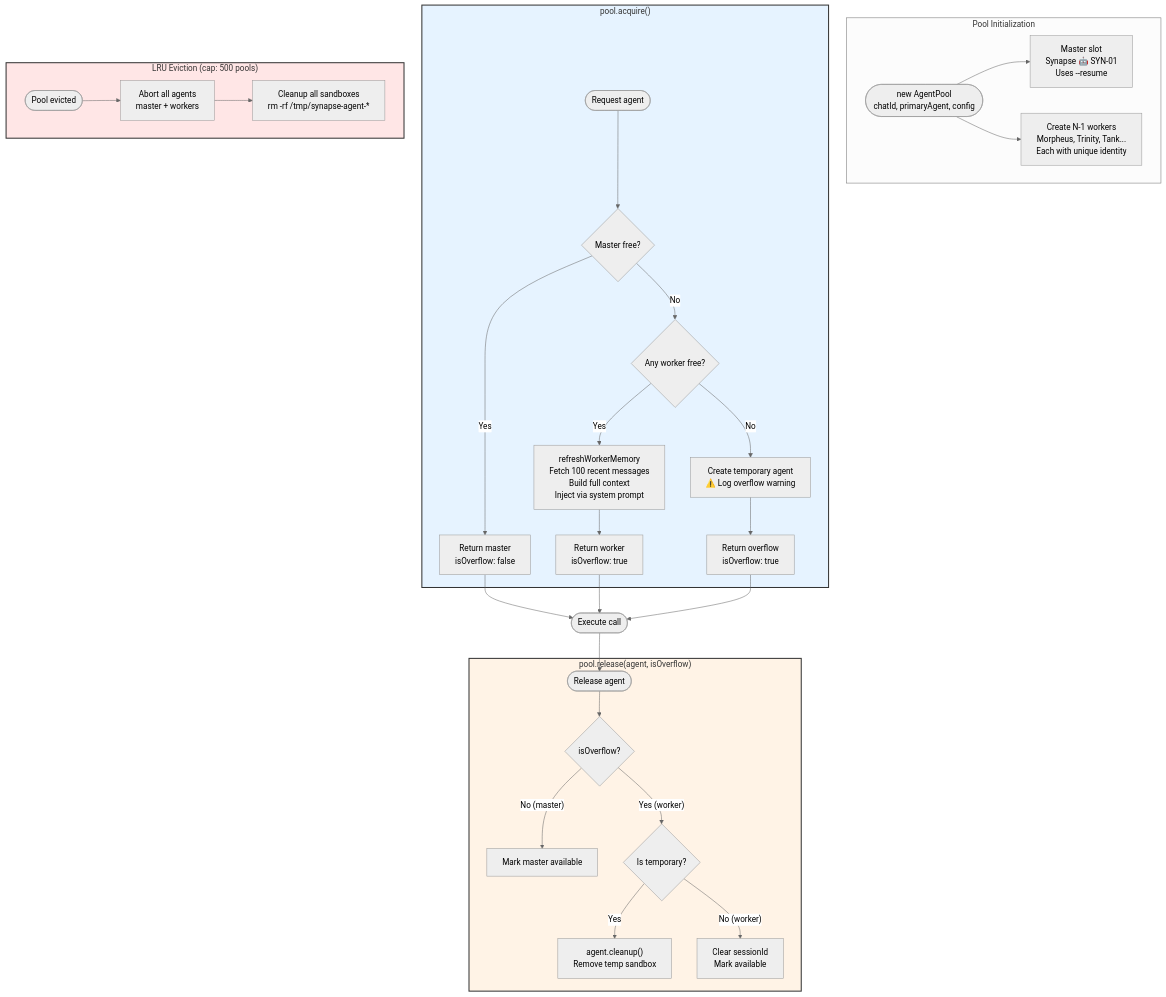
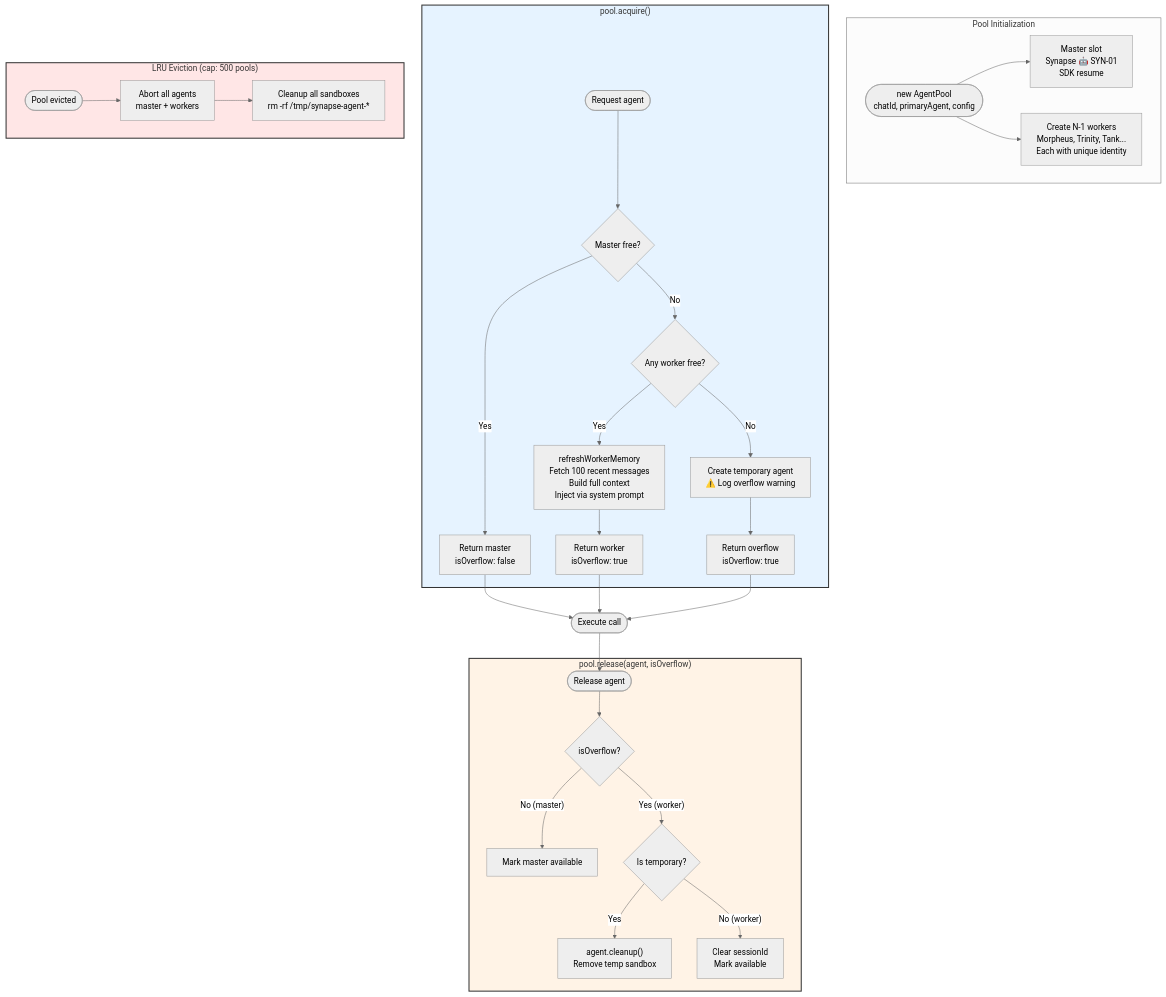
Before and after one commit to egeominotti/Synapse: the fifth of 12 diagrams in docs/ARCHITECTURE.md, drawn with Mermaid (neutral theme). The commit also changed other lines of this file and 16 other files, not shown here.

````diff
--- a/docs/ARCHITECTURE.md
+++ b/docs/ARCHITECTURE.md
@@ -278,39 +264,39 @@
 ```mermaid
 flowchart TD
     subgraph INIT["Pool Initialization"]
-        CREATE_POOL([new AgentPool<br/>chatId, primaryAgent, config]) --> MASTER[Master slot<br/>Synapse 🤖 SYN-01<br/>Uses --resume]
+        CREATE_POOL([new AgentPool<br/>chatId, primaryAgent, config]) --> MASTER[Master slot<br/>Synapse 🤖 SYN-01<br/>SDK resume]
         CREATE_POOL --> WORKERS["Create N-1 workers<br/>Morpheus, Trinity, Tank...<br/>Each with unique identity"]
     end
 
     subgraph ACQUIRE["pool.acquire()"]
         REQ([Request agent]) --> CHECK_MASTER{Master free?}
         CHECK_MASTER -->|Yes| RETURN_MASTER[Return master<br/>isOverflow: false]
         CHECK_MASTER -->|No| CHECK_WORKER{Any worker free?}
         CHECK_WORKER -->|Yes| REFRESH_MEM["refreshWorkerMemory<br/>Fetch 100 recent messages<br/>Build full context<br/>Inject via system prompt"]
         REFRESH_MEM --> RETURN_WORKER[Return worker<br/>isOverflow: true]
         CHECK_WORKER -->|No| CREATE_OVERFLOW["Create temporary agent<br/>⚠️ Log overflow warning"]
         CREATE_OVERFLOW --> RETURN_OVERFLOW[Return overflow<br/>isOverflow: true]
     end
 
     subgraph RELEASE["pool.release(agent, isOverflow)"]
         REL([Release agent]) --> IS_OVERFLOW{isOverflow?}
         IS_OVERFLOW -->|"No (master)"| MARK_FREE_M[Mark master available]
         IS_OVERFLOW -->|"Yes (worker)"| IS_TEMP{Is temporary?}
         IS_TEMP -->|Yes| CLEANUP_TEMP["agent.cleanup()<br/>Remove temp sandbox"]
         IS_TEMP -->|"No (worker)"| CLEAR_SESSION["Clear sessionId<br/>Mark available"]
     end
 
     subgraph LRU["LRU Eviction (cap: 500 pools)"]
         EVICT([Pool evicted]) --> ABORT_ALL["Abort all agents<br/>master + workers"]
         ABORT_ALL --> CLEANUP_ALL["Cleanup all sandboxes<br/>rm -rf /tmp/synapse-agent-*"]
     end
 
     RETURN_MASTER --> USE([Execute call])
     RETURN_WORKER --> USE
     RETURN_OVERFLOW --> USE
     USE --> REL
 
     style ACQUIRE fill:#e6f3ff,stroke:#333,stroke-width:2px
     style RELEASE fill:#fff3e6,stroke:#333,stroke-width:2px
     style LRU fill:#ffe6e6,stroke:#333,stroke-width:2px
 ```
````
